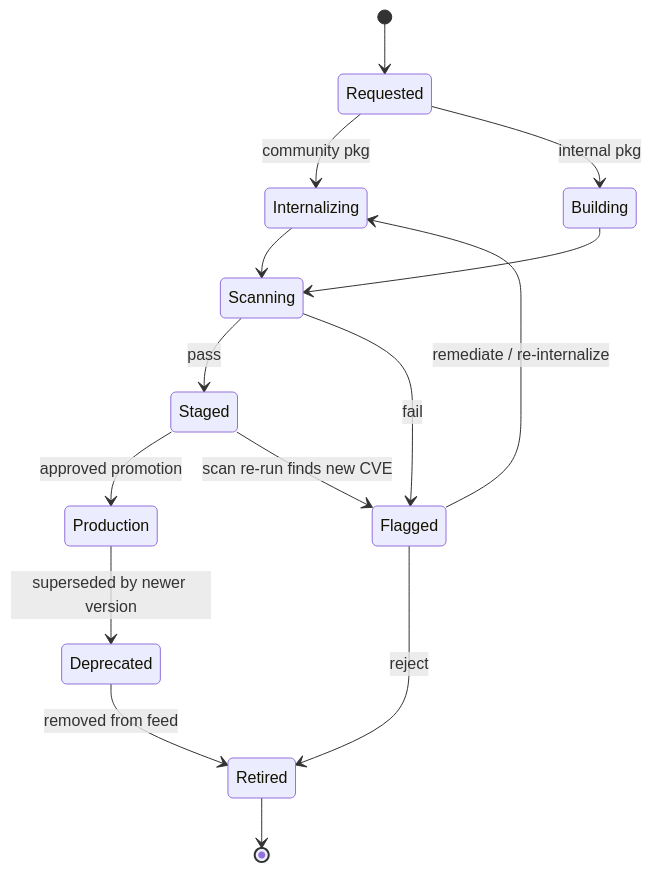
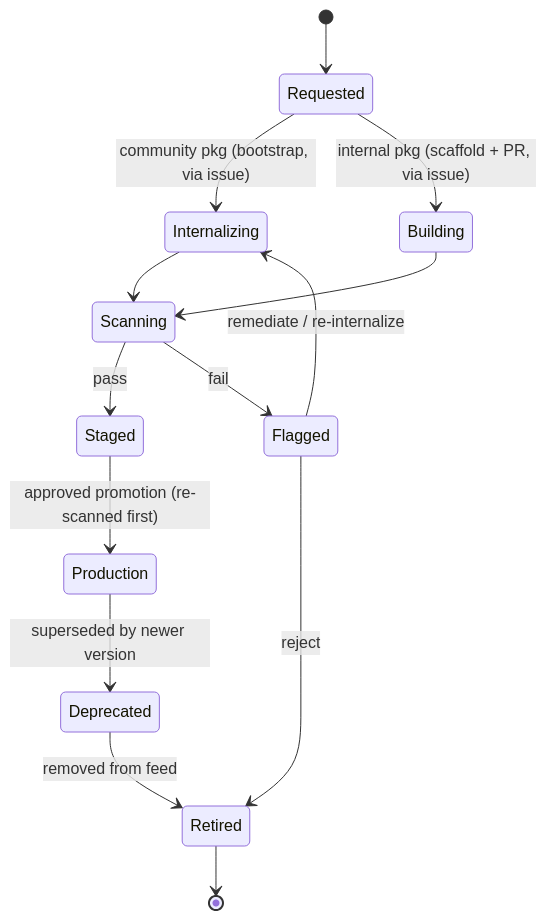
One commit to patsaindon/chocolatey-packages changed the second of 2 diagrams in docs/architecture.md. Above: the diagram before and after it, drawn with Mermaid. The commit also changed other lines of this file, not shown here.

First line of the commit message:
Update docs/architecture.md to reflect the implemented AU/MCP model

````diff
--- a/docs/architecture.md
+++ b/docs/architecture.md
@@ -133,17 +143,16 @@
 ```mermaid
 stateDiagram-v2
     [*] --> Requested
-    Requested --> Internalizing : community pkg
-    Requested --> Building : internal pkg
+    Requested --> Internalizing : community pkg (bootstrap, via issue)
+    Requested --> Building : internal pkg (scaffold + PR, via issue)
     Internalizing --> Scanning
     Building --> Scanning
     Scanning --> Staged : pass
     Scanning --> Flagged : fail
     Flagged --> Internalizing : remediate / re-internalize
     Flagged --> Retired : reject
-    Staged --> Production : approved promotion
-    Staged --> Flagged : scan re-run finds new CVE
+    Staged --> Production : approved promotion (re-scanned first)
     Production --> Deprecated : superseded by newer version
     Deprecated --> Retired : removed from feed
     Retired --> [*]
 ```
````
